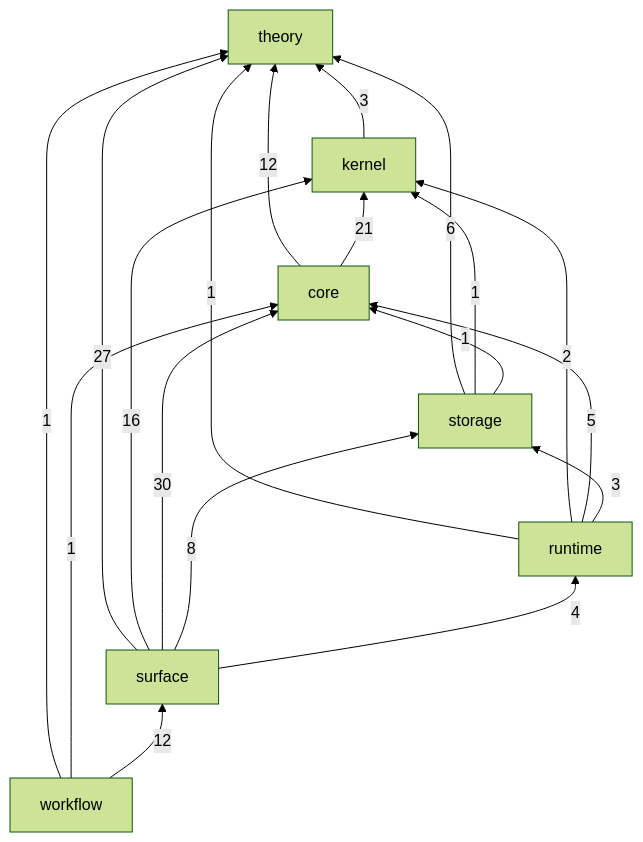
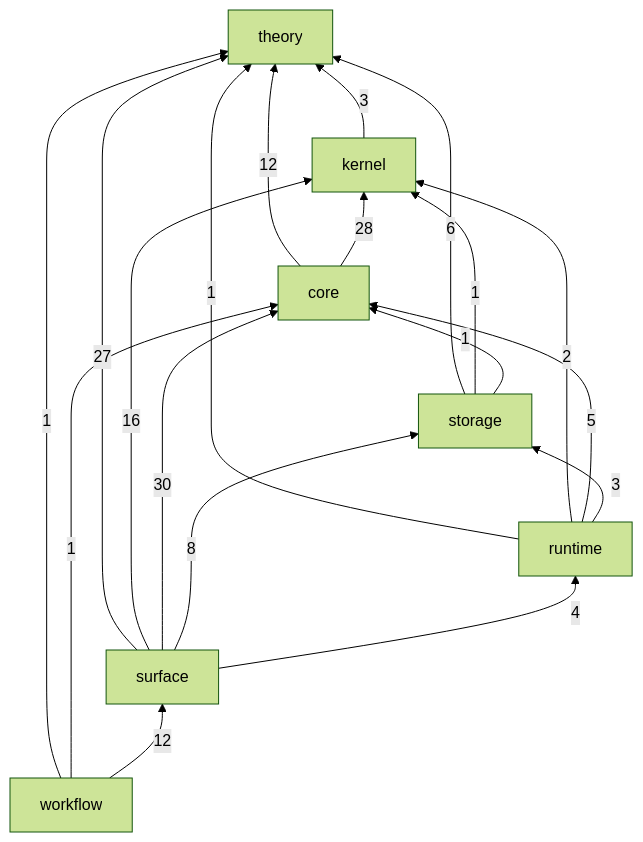
Before and after one commit to gandr-lang/gandr: the diagram in ledger/README.md, drawn with Mermaid (forest theme). The commit also changed 46 other files, not shown here.

````diff
--- a/ledger/README.md
+++ b/ledger/README.md
@@ -28,28 +28,28 @@
 ```mermaid
 flowchart BT
   theory
   kernel
   core
   storage
   runtime
   surface
   workflow
   kernel -->|3| theory
   core -->|12| theory
-  core -->|21| kernel
+  core -->|28| kernel
   storage -->|6| theory
   storage -->|1| kernel
   storage -->|1| core
   runtime -->|1| theory
   runtime -->|2| kernel
   runtime -->|5| core
   runtime -->|3| storage
   surface -->|27| theory
   surface -->|16| kernel
   surface -->|30| core
   surface -->|8| storage
   surface -->|4| runtime
   workflow -->|1| theory
   workflow -->|1| core
   workflow -->|12| surface
 ```
````
